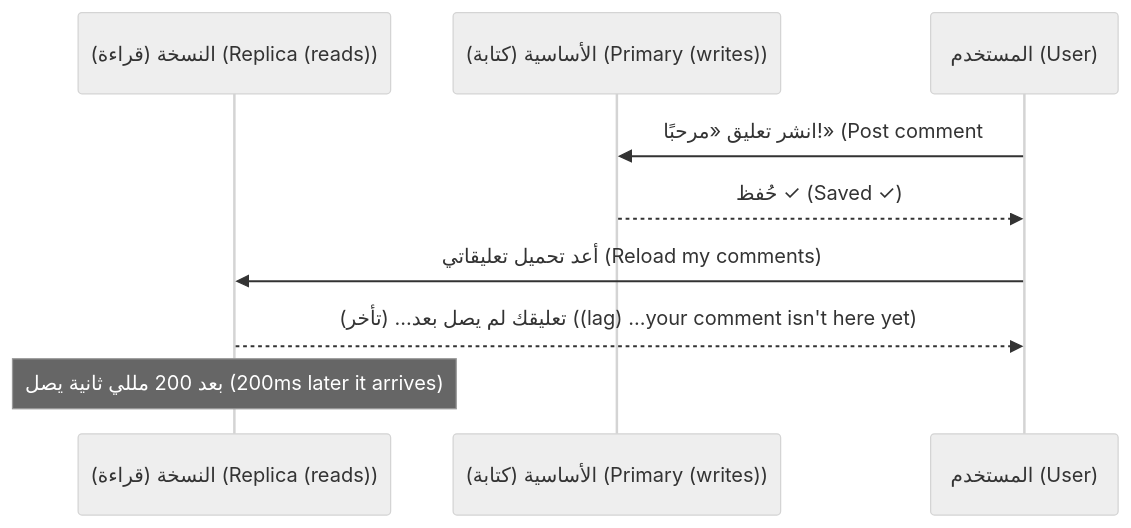
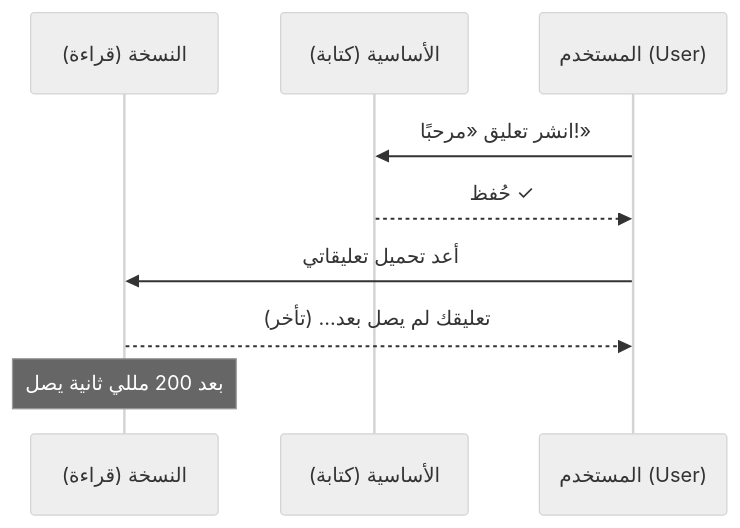
One commit to Tamoura/system-design-for-vibe-coders changed the fifth of 7 diagrams in modules/10-scaling/module.ar.md. Above: the diagram before and after it, drawn with Mermaid (neutral theme). The commit also changed other lines of this file and 551 other files, not shown here.

````diff
--- a/modules/10-scaling/module.ar.md
+++ b/modules/10-scaling/module.ar.md
@@ -330,11 +330,11 @@
 ```mermaid
 sequenceDiagram
-    participant Rep as النسخة (قراءة) (Replica (reads))
-    participant P as الأساسية (كتابة) (Primary (writes))
+    participant Rep as النسخة (قراءة)
+    participant P as الأساسية (كتابة)
     participant U as المستخدم (User)
-    U->>P: انشر تعليق «مرحبًا!» (Post comment #quot#59;Hello!#quot#59;)
-    P-->>U: حُفظ ✓ (Saved ✓)
-    U->>Rep: أعد تحميل تعليقاتي (Reload my comments)
-    Rep-->>U: (تأخر) ...تعليقك لم يصل بعد ((lag) ...your comment isn't here yet)
-    Note over Rep: بعد 200 مللي ثانية يصل (200ms later it arrives)
+    U->>P: انشر تعليق «مرحبًا!»
+    P-->>U: حُفظ ✓
+    U->>Rep: أعد تحميل تعليقاتي
+    Rep-->>U: (تأخر) ...تعليقك لم يصل بعد
+    Note over Rep: بعد 200 مللي ثانية يصل
 ```
````
